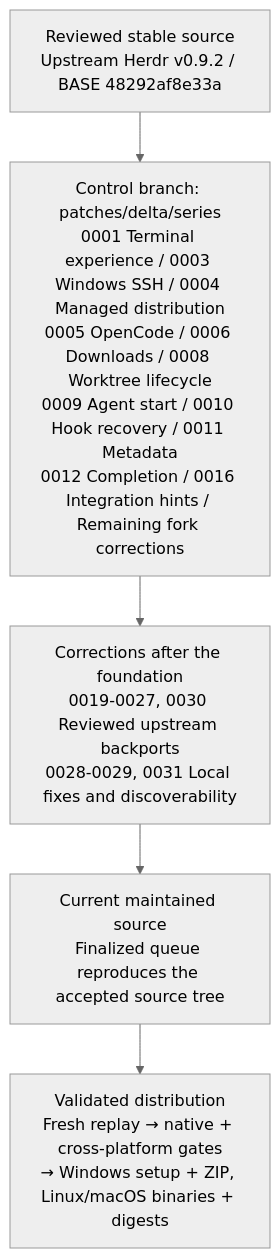
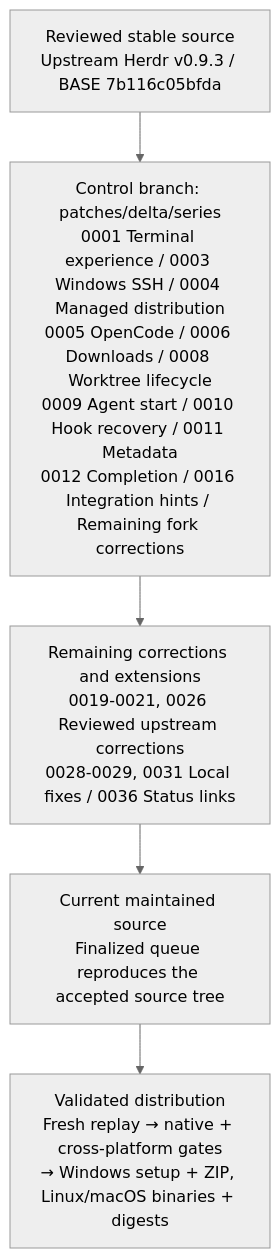
One commit to hdosys/herdr-ext changed the diagram in docs/next/README.md. Above: the diagram before and after it, drawn with Mermaid (neutral theme). The commit also changed other lines of this file and 33 other files, not shown here.

````diff
--- a/docs/next/README.md
+++ b/docs/next/README.md
@@ -34,9 +34,9 @@
 ```mermaid
 flowchart TB
-    S["Reviewed stable source<br/>Upstream Herdr v0.9.2 / BASE 48292af8e33a"]
+    S["Reviewed stable source<br/>Upstream Herdr v0.9.3 / BASE 7b116c05bfda"]
     Q["Control branch: patches/delta/series<br/>0001 Terminal experience / 0003 Windows SSH / 0004 Managed distribution<br/>0005 OpenCode / 0006 Downloads / 0008 Worktree lifecycle<br/>0009 Agent start / 0010 Hook recovery / 0011 Metadata<br/>0012 Completion / 0016 Integration hints / Remaining fork corrections"]
-    B["Corrections after the foundation<br/>0019-0027, 0030 Reviewed upstream backports<br/>0028-0029, 0031 Local fixes and discoverability"]
+    B["Remaining corrections and extensions<br/>0019-0021, 0026 Reviewed upstream corrections<br/>0028-0029, 0031 Local fixes / 0036 Status links"]
     D["Current maintained source<br/>Finalized queue reproduces the accepted source tree"]
     V["Validated distribution<br/>Fresh replay → native + cross-platform gates<br/>→ Windows setup + ZIP, Linux/macOS binaries + digests"]
     S --> Q --> B --> D --> V
 ```
````
